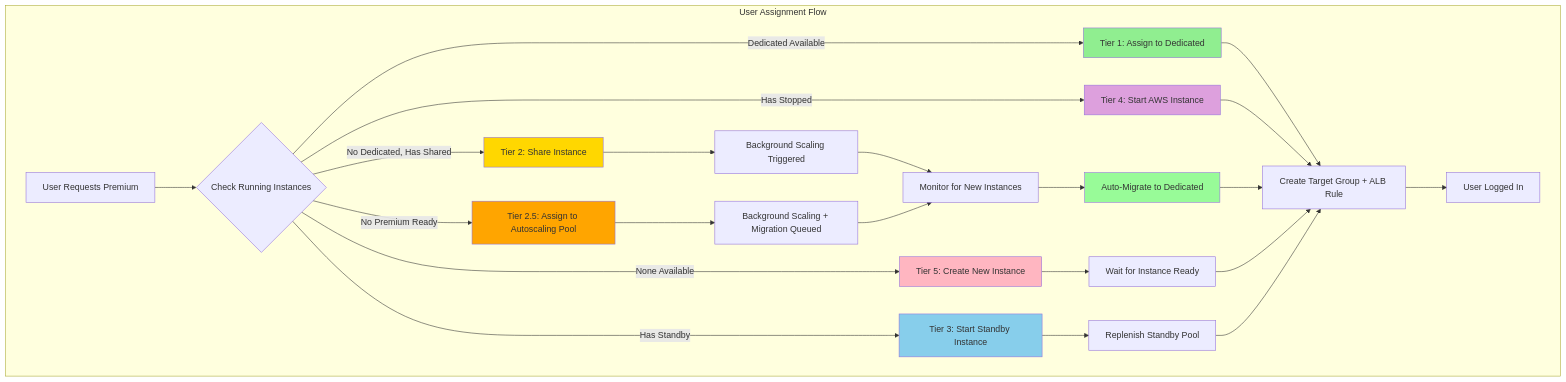
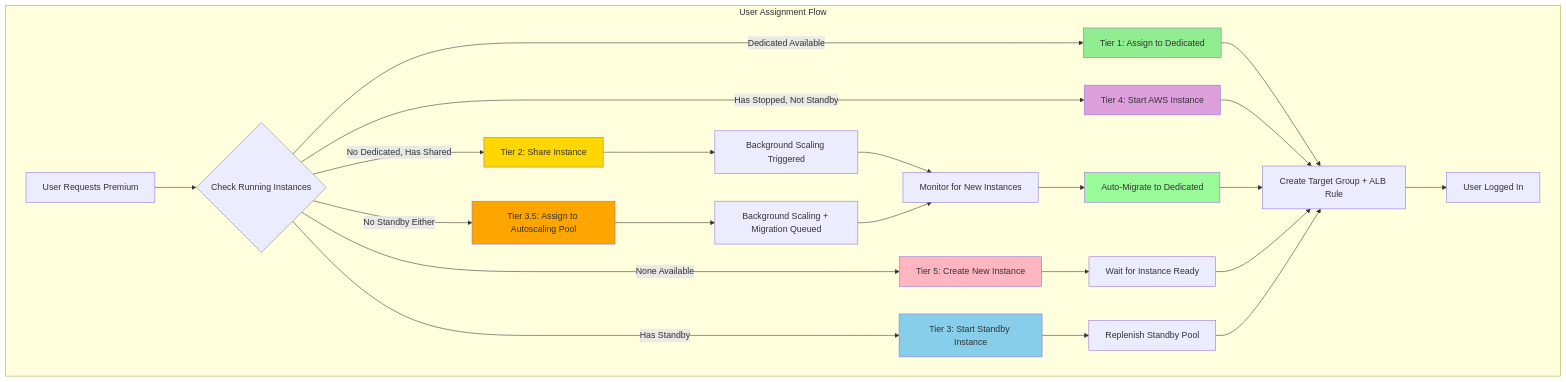
The first of 4 diagrams in infrastructure/documentation/PREMIUM_USER_ASSIGNMENT.md (arayabrain/araya-optinist), drawn with Mermaid before and after one commit. The commit also changed other lines of this file and 2 other files, not shown here.

Commit message:
Update Premium Manager

````diff
--- a/infrastructure/documentation/PREMIUM_USER_ASSIGNMENT.md
+++ b/infrastructure/documentation/PREMIUM_USER_ASSIGNMENT.md
@@ -41,37 +42,37 @@
 ```mermaid
 graph TB
     subgraph "User Assignment Flow"
         A[User Requests Premium] --> B{Check Running Instances}
 
         B -->|Dedicated Available| C1[Tier 1: Assign to Dedicated]
         B -->|No Dedicated, Has Shared| C2[Tier 2: Share Instance]
-        B -->|No Premium Ready| C3[Tier 2.5: Assign to Autoscaling Pool]
         B -->|Has Standby| C4[Tier 3: Start Standby Instance]
-        B -->|Has Stopped| C5[Tier 4: Start AWS Instance]
+        B -->|No Standby Either| C3[Tier 3.5: Assign to Autoscaling Pool]
+        B -->|Has Stopped, Not Standby| C5[Tier 4: Start AWS Instance]
         B -->|None Available| C6[Tier 5: Create New Instance]
 
         C1 --> D[Create Target Group + ALB Rule]
         C2 --> E[Background Scaling Triggered]
         C3 --> F[Background Scaling + Migration Queued]
         C4 --> G[Replenish Standby Pool]
         C5 --> D
         C6 --> H[Wait for Instance Ready]
 
         E --> I[Monitor for New Instances]
         F --> I
         I --> J[Auto-Migrate to Dedicated]
         J --> D
         H --> D
         G --> D
 
         D --> K[User Logged In]
     end
 
     style C1 fill:#90EE90
     style C2 fill:#FFD700
     style C3 fill:#FFA500
     style C4 fill:#87CEEB
     style C5 fill:#DDA0DD
     style C6 fill:#FFB6C1
     style J fill:#98FB98
 ```
````
